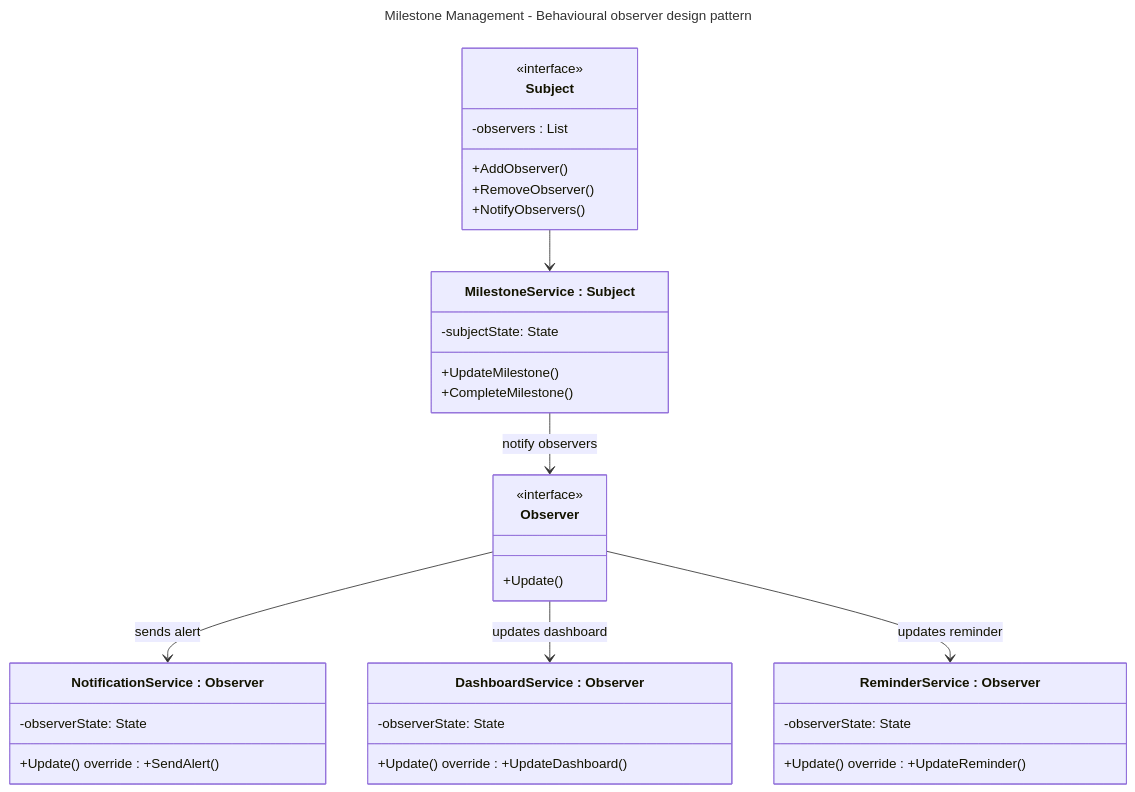
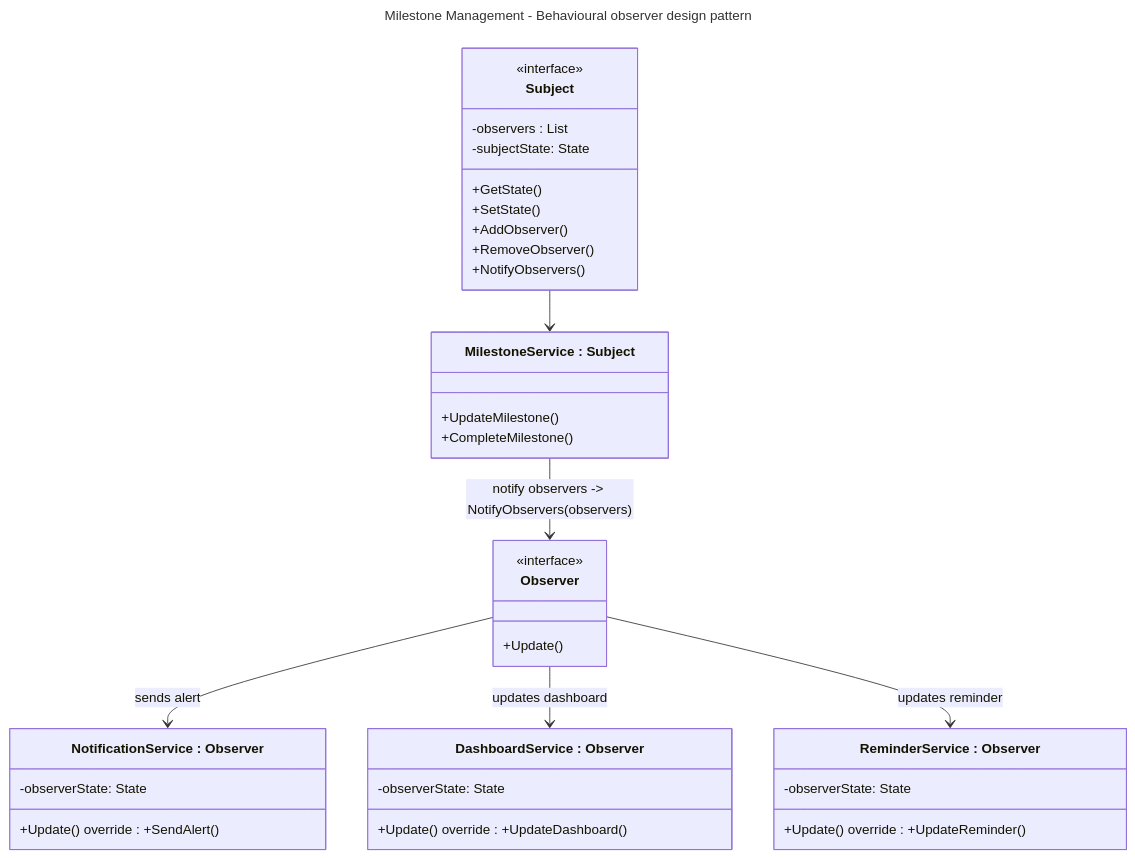
One commit to oknabeelah/Software-Architecture-and-Design changed the third of 3 diagrams in Week 10/Class_Diagrams_Updated_Patterns.md. Above: the diagram before and after it, drawn with Mermaid.

Commit message:
added state management to subject

````diff
--- a/Week 10/Class_Diagrams_Updated_Patterns.md
+++ b/Week 10/Class_Diagrams_Updated_Patterns.md
@@ -108,46 +108,48 @@
 ```mermaid
 ---
 title: Milestone Management - Behavioural observer design pattern
 ---
 classDiagram
     Subject --> MilestoneService : 
-    MilestoneService --> Observer : notify observers
+    MilestoneService --> Observer : notify observers -> NotifyObservers(observers)
     Observer --> NotificationService : sends alert
     Observer --> DashboardService : updates dashboard
     Observer --> ReminderService : updates reminder
 
     class Subject {
         <<interface>>
         -observers : List
+        -subjectState: State
+        +GetState()
+        +SetState()
         +AddObserver()
         +RemoveObserver()
         +NotifyObservers() 
     }
     
     class MilestoneService["MilestoneService : Subject"] {
-        -subjectState: State
         +UpdateMilestone()
         +CompleteMilestone()
     }
 
     class Observer {
         <<interface>>
         +Update()
     }
 
     class NotificationService["NotificationService : Observer"] {
         -observerState: State
         +Update() override : +SendAlert()
     }
 
     class DashboardService["DashboardService : Observer"] {
         -observerState: State
         +Update() override : +UpdateDashboard()
     }
 
     class ReminderService["ReminderService : Observer"] {
         -observerState: State
         +Update() override : +UpdateReminder()
     }
 
 ```
````
